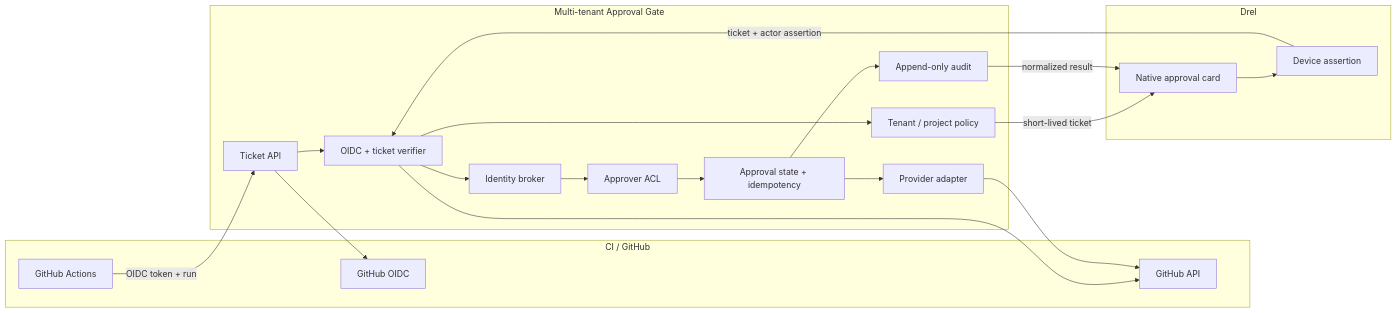
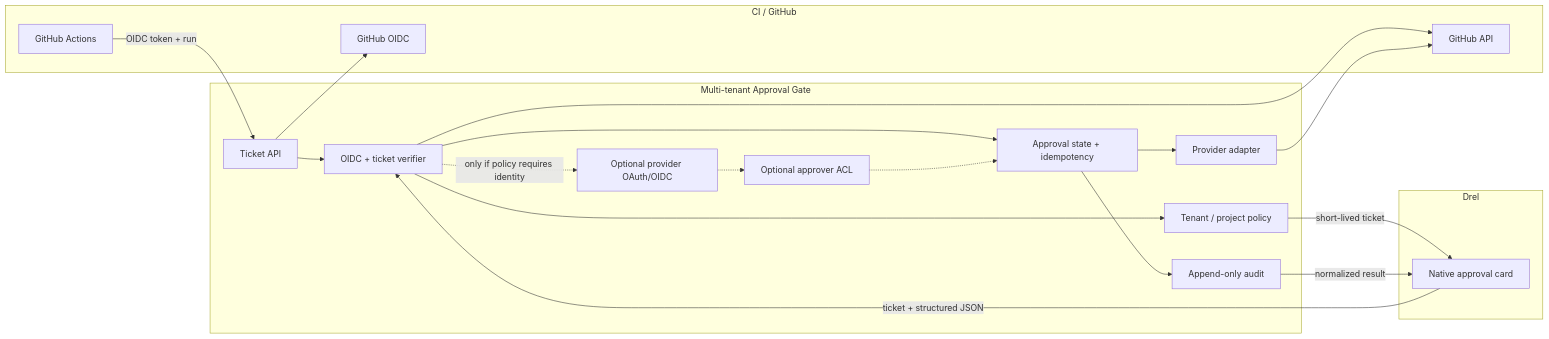
The diagram in docs/diagrams/multitenant-approval-system.mmd (dyyz1993/Drel), drawn with Mermaid before and after one commit. The commit also changed 4 other files, not shown here.

```diff
--- a/docs/diagrams/multitenant-approval-system.mmd
+++ b/docs/diagrams/multitenant-approval-system.mmd
@@ -1,38 +1,37 @@
 flowchart LR
     subgraph CI["CI / GitHub"]
         GHA["GitHub Actions"]
         OIDC["GitHub OIDC"]
         GHAPI["GitHub API"]
     end
 
     subgraph Gate["Multi-tenant Approval Gate"]
         TicketAPI["Ticket API"]
         Verify["OIDC + ticket verifier"]
         Tenant["Tenant / project policy"]
-        Identity["Identity broker"]
-        ACL["Approver ACL"]
+        Identity["Optional provider OAuth/OIDC"]
+        ACL["Optional approver ACL"]
         State["Approval state + idempotency"]
         Adapter["Provider adapter"]
         Audit["Append-only audit"]
     end
 
     subgraph Client["Drel"]
         Msg["Native approval card"]
-        Device["Device assertion"]
     end
 
     GHA -->|"OIDC token + run"| TicketAPI
     TicketAPI --> OIDC
     TicketAPI --> Verify
     Verify --> GHAPI
     Verify --> Tenant
     Tenant -->|"short-lived ticket"| Msg
-    Msg --> Device
-    Device -->|"ticket + actor assertion"| Verify
-    Verify --> Identity
-    Identity --> ACL
-    ACL --> State
+    Msg -->|"ticket + structured JSON"| Verify
+    Verify --> State
+    Verify -.->|"only if policy requires identity"| Identity
+    Identity -.-> ACL
+    ACL -.-> State
     State --> Adapter
     Adapter --> GHAPI
     State --> Audit
     Audit -->|"normalized result"| Msg
```
